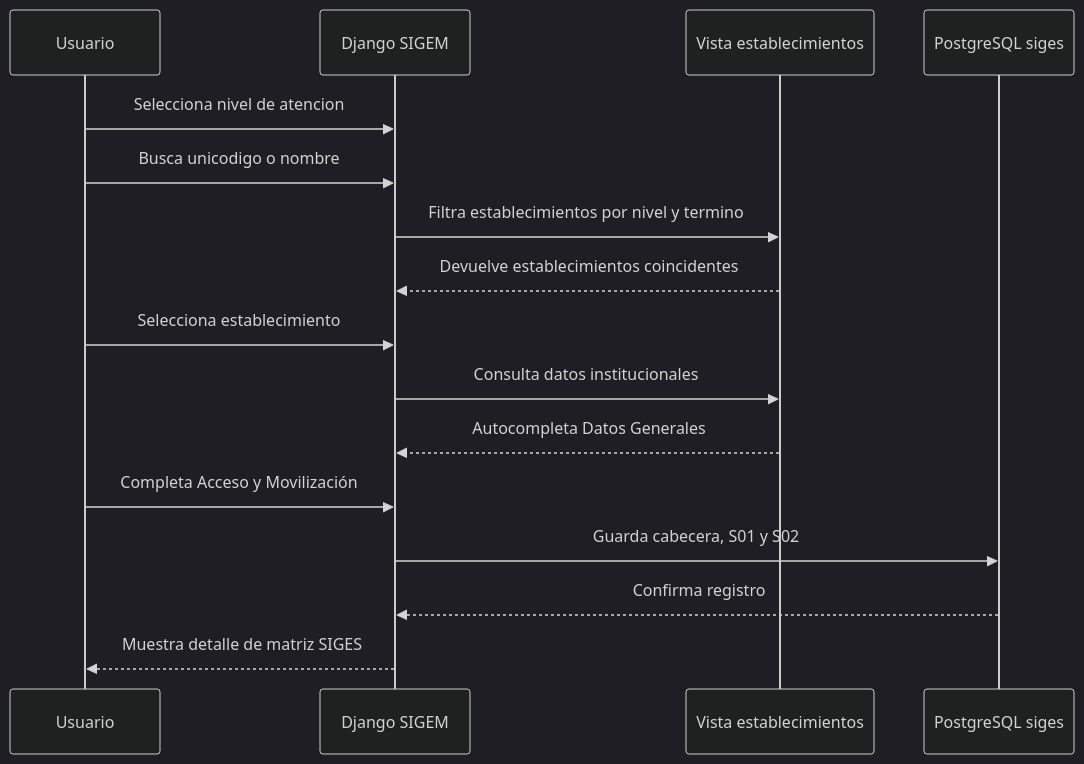
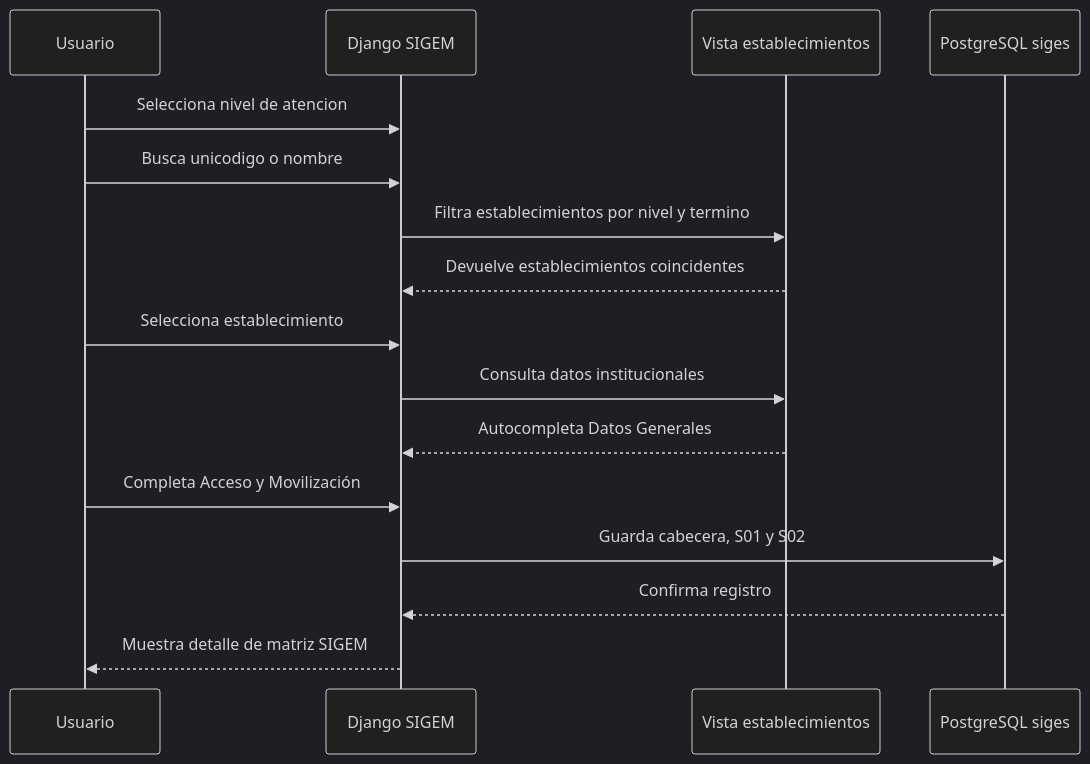
Before and after one commit to marcelochavez-ec/SIGEM: the third of 4 diagrams in README.md, drawn with Mermaid (dark theme). The commit also changed other lines of this file, not shown here.

````diff
--- a/README.md
+++ b/README.md
@@ -80,19 +80,19 @@
 ```mermaid
 sequenceDiagram
     participant Usuario
     participant Web as Django SIGEM
     participant Fuente as Vista establecimientos
     participant DB as PostgreSQL siges
 
     Usuario->>Web: Selecciona nivel de atencion
     Usuario->>Web: Busca unicodigo o nombre
     Web->>Fuente: Filtra establecimientos por nivel y termino
     Fuente-->>Web: Devuelve establecimientos coincidentes
     Usuario->>Web: Selecciona establecimiento
     Web->>Fuente: Consulta datos institucionales
     Fuente-->>Web: Autocompleta Datos Generales
     Usuario->>Web: Completa Acceso y Movilización
     Web->>DB: Guarda cabecera, S01 y S02
     DB-->>Web: Confirma registro
-    Web-->>Usuario: Muestra detalle de matriz SIGES
+    Web-->>Usuario: Muestra detalle de matriz SIGEM
 ```
````
